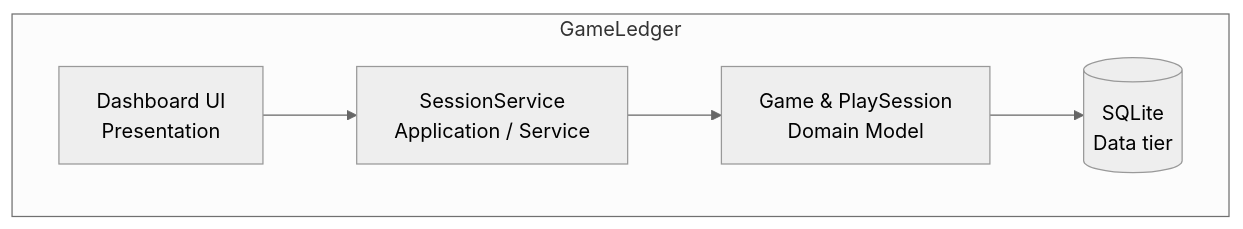
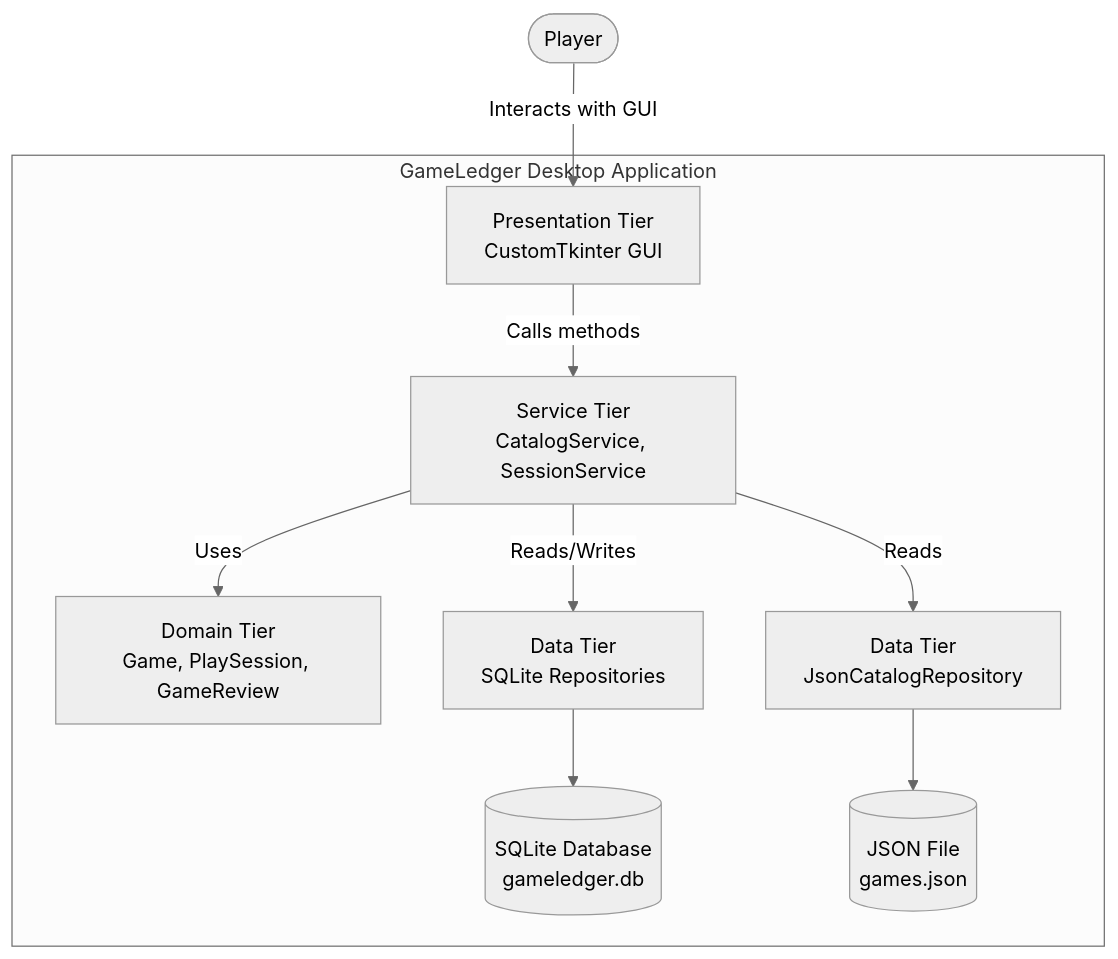
One commit to DavLien/cen5064-project-liendo changed the second of 4 diagrams in README.md. Above: the diagram before and after it, drawn with Mermaid (neutral theme). The commit also changed other lines of this file, not shown here.

First line of the commit message:
Overwrite README.md to fit GameLedger scope

````diff
--- a/README.md
+++ b/README.md
@@ -46,9 +73,15 @@
 ```mermaid
 %% Container view: your containers should match the tier table above.
 flowchart TB
-    subgraph GameLedgerSystem [GameLedger]
-        ui[Dashboard UI<br/>Presentation] --> api[SessionService<br/>Application / Service]
-        api --> domain[Game & PlaySession<br/>Domain Model]
-        domain --> db[(SQLite<br/>Data tier)]
+    user([Player]) -->|Interacts with GUI| ui
+
+    subgraph GameLedgerSystem [GameLedger Desktop Application]
+        ui[Presentation Tier<br/>CustomTkinter GUI] -->|Calls methods| service[Service Tier<br/>CatalogService, SessionService]
+        service -->|Uses| domain[Domain Tier<br/>Game, PlaySession, GameReview]
+        service -->|Reads/Writes| dbRepo[Data Tier<br/>SQLite Repositories]
+        service -->|Reads| jsonRepo[Data Tier<br/>JsonCatalogRepository]
+
+        dbRepo --> db[(SQLite Database<br/>gameledger.db)]
+        jsonRepo --> file[(JSON File<br/>games.json)]
     end
 ```
````
